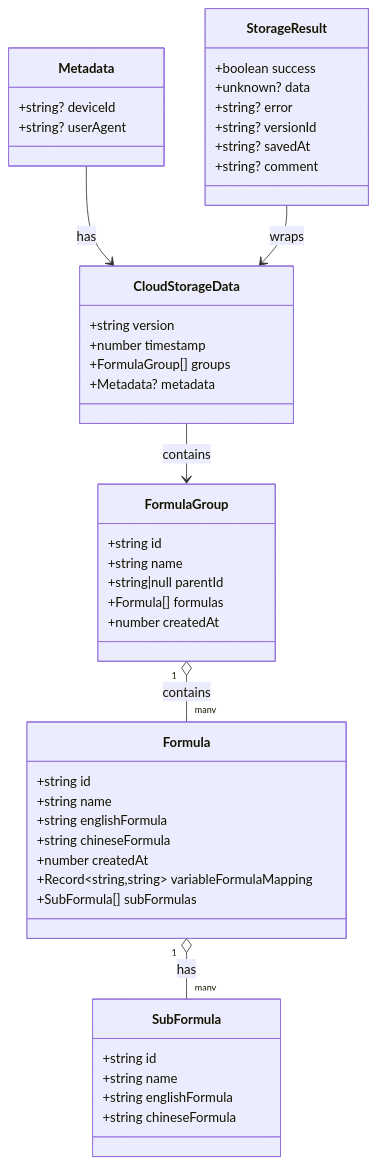
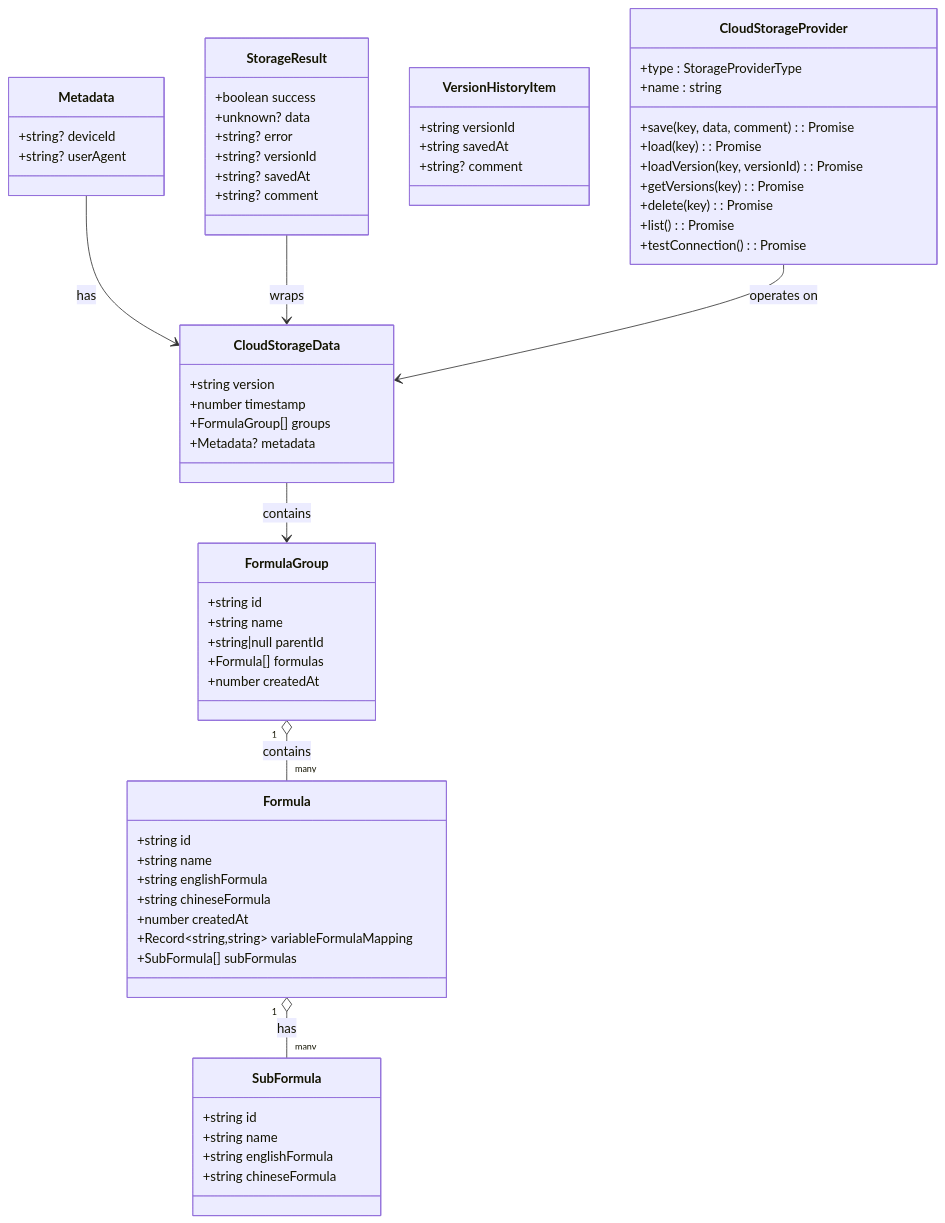
The third of 6 diagrams in .qoder/repowiki/zh/content/API参考/数据存储API.md (steveyu2/formula-mapper), drawn with Mermaid before and after one commit. The commit also changed other lines of this file and 7 other files, not shown here.

````diff
--- a/.qoder/repowiki/zh/content/API参考/数据存储API.md
+++ b/.qoder/repowiki/zh/content/API参考/数据存储API.md
@@ -386,48 +398,65 @@
 ```mermaid
 classDiagram
 class FormulaGroup {
 +string id
 +string name
 +string|null parentId
 +Formula[] formulas
 +number createdAt
 }
 class Formula {
 +string id
 +string name
 +string englishFormula
 +string chineseFormula
 +number createdAt
 +Record~string,string~ variableFormulaMapping
 +SubFormula[] subFormulas
 }
 class SubFormula {
 +string id
 +string name
 +string englishFormula
 +string chineseFormula
 }
 class CloudStorageData {
 +string version
 +number timestamp
 +FormulaGroup[] groups
 +Metadata? metadata
 }
 class Metadata {
 +string? deviceId
 +string? userAgent
 }
 class StorageResult {
 +boolean success
 +unknown? data
 +string? error
 +string? versionId
 +string? savedAt
 +string? comment
 }
+class VersionHistoryItem {
++string versionId
++string savedAt
++string? comment
+}
+class CloudStorageProvider {
++type : StorageProviderType
++name : string
++save(key, data, comment) : Promise
++load(key) : Promise
++loadVersion(key, versionId) : Promise
++getVersions(key) : Promise
++delete(key) : Promise
++list() : Promise
++testConnection() : Promise
+}
 FormulaGroup "1" o-- "many" Formula : contains
 Formula "1" o-- "many" SubFormula : has
 CloudStorageData --> FormulaGroup : contains
 Metadata --> CloudStorageData : has
 StorageResult --> CloudStorageData : wraps
+CloudStorageProvider --> CloudStorageData : operates on
 ```
````
